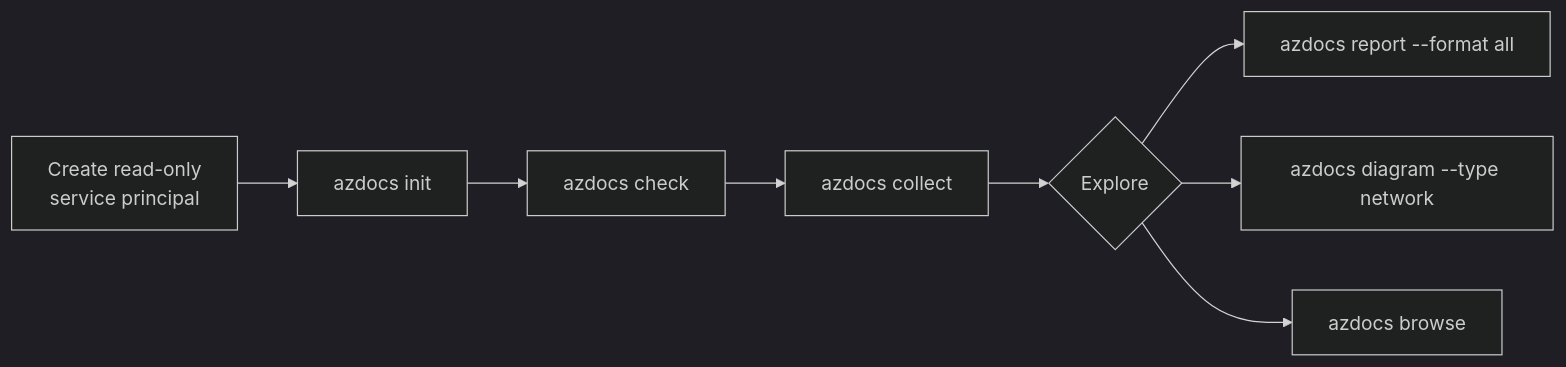
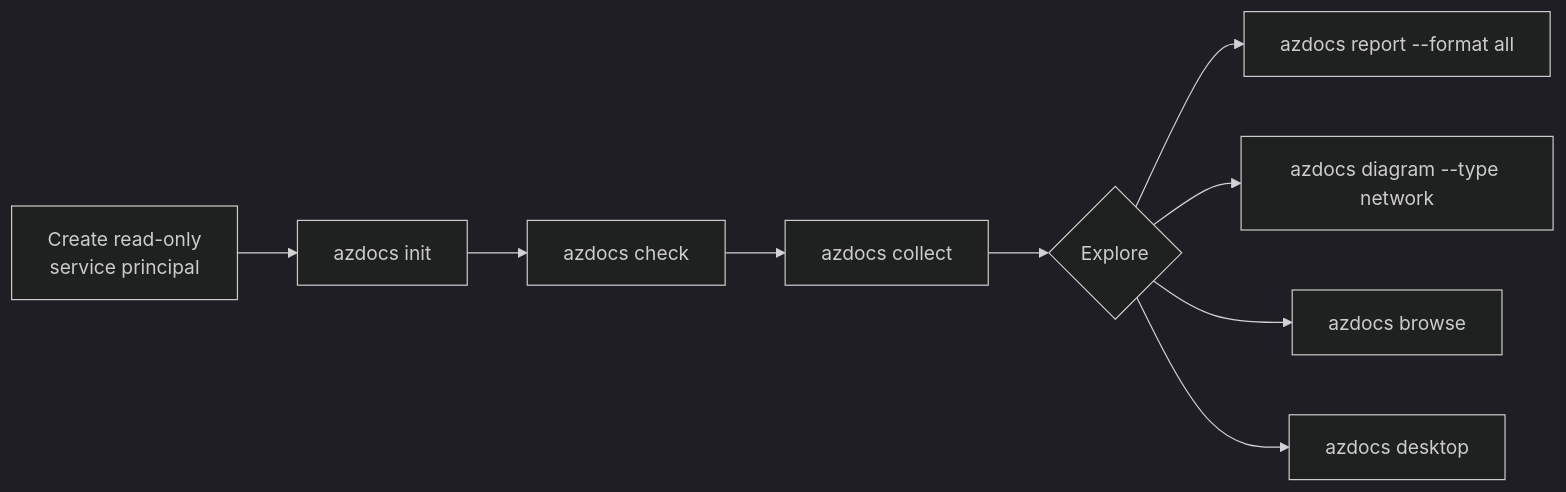
Before and after one commit to russmckendrick/azdocs: the diagram in docs/usage/README.md, drawn with Mermaid (dark theme). The commit also changed other lines of this file and 93 other files, not shown here.

````diff
--- a/docs/usage/README.md
+++ b/docs/usage/README.md
@@ -5,10 +5,11 @@
 ```mermaid
 flowchart LR
     sp[Create read-only<br/>service principal] --> init[azdocs init]
     init --> check[azdocs check]
     check --> collect[azdocs collect]
     collect --> out{Explore}
     out --> report[azdocs report --format all]
     out --> diagram[azdocs diagram --type network]
     out --> browse[azdocs browse]
+    out --> desktop[azdocs desktop]
 ```
````
